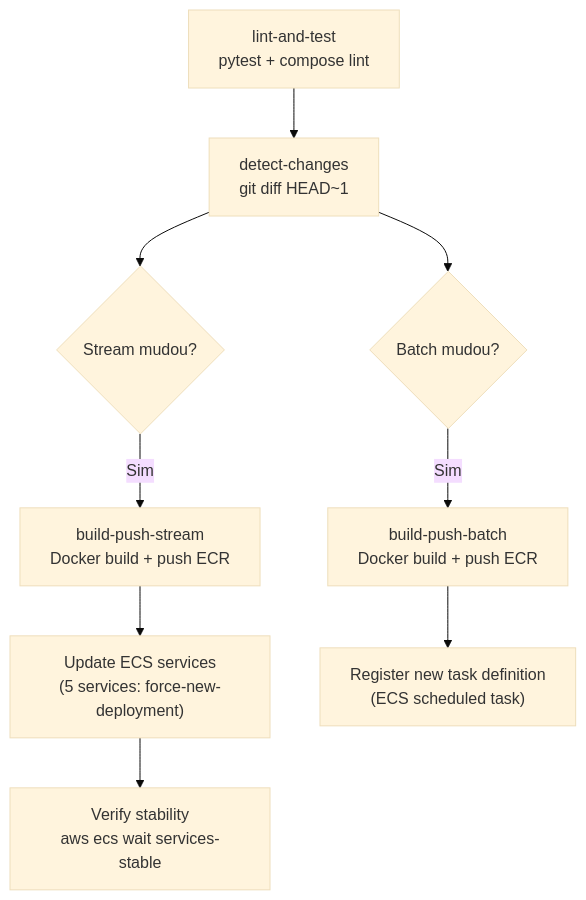
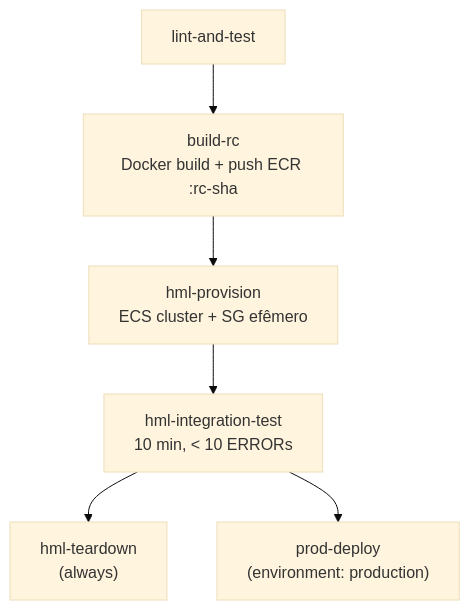
Before and after one commit to marcoaureliomenezes/dd_chain_explorer: the second of 7 diagrams in docs/04_data_ops.md, drawn with Mermaid (base theme). The commit also changed other lines of this file and 8 other files, not shown here.

````diff
--- a/docs/04_data_ops.md
+++ b/docs/04_data_ops.md
@@ -187,13 +148,8 @@
 ```mermaid
 flowchart TD
-    A["lint-and-test<br/>pytest + compose lint"] --> B["detect-changes<br/>git diff HEAD~1"]
-    B --> C{"Stream mudou?"}
-    B --> D{"Batch mudou?"}
-    
-    C -->|Sim| E["build-push-stream<br/>Docker build + push ECR"]
-    E --> F["Update ECS services<br/>(5 services: force-new-deployment)"]
-    F --> FV["Verify stability<br/>aws ecs wait services-stable"]
-    
-    D -->|Sim| G["build-push-batch<br/>Docker build + push ECR"]
-    G --> H["Register new task definition<br/>(ECS scheduled task)"]
+    A["lint-and-test"] --> B["build-rc<br/>Docker build + push ECR :rc-sha"]
+    B --> C["hml-provision<br/>ECS cluster + SG efêmero"]
+    C --> D["hml-integration-test<br/>10 min, < 10 ERRORs"]
+    D --> E["hml-teardown<br/>(always)"]
+    D --> F["prod-deploy<br/>(environment: production)"]
 ```
````
